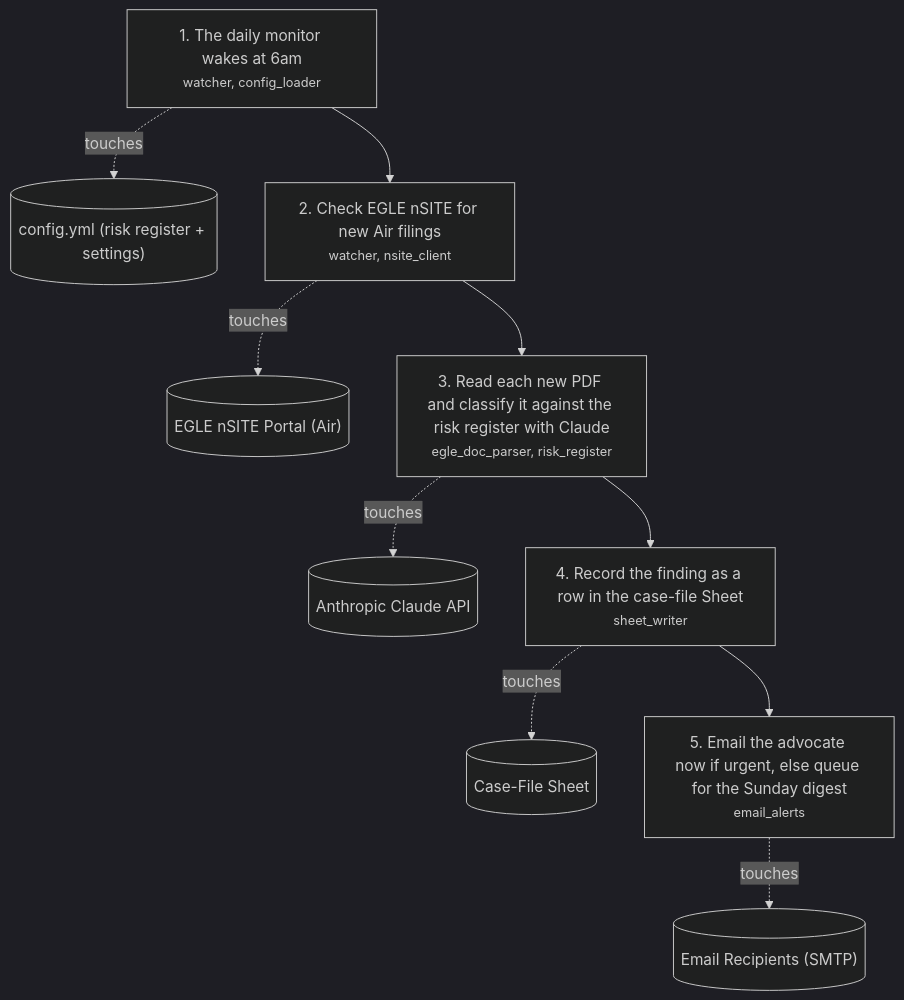
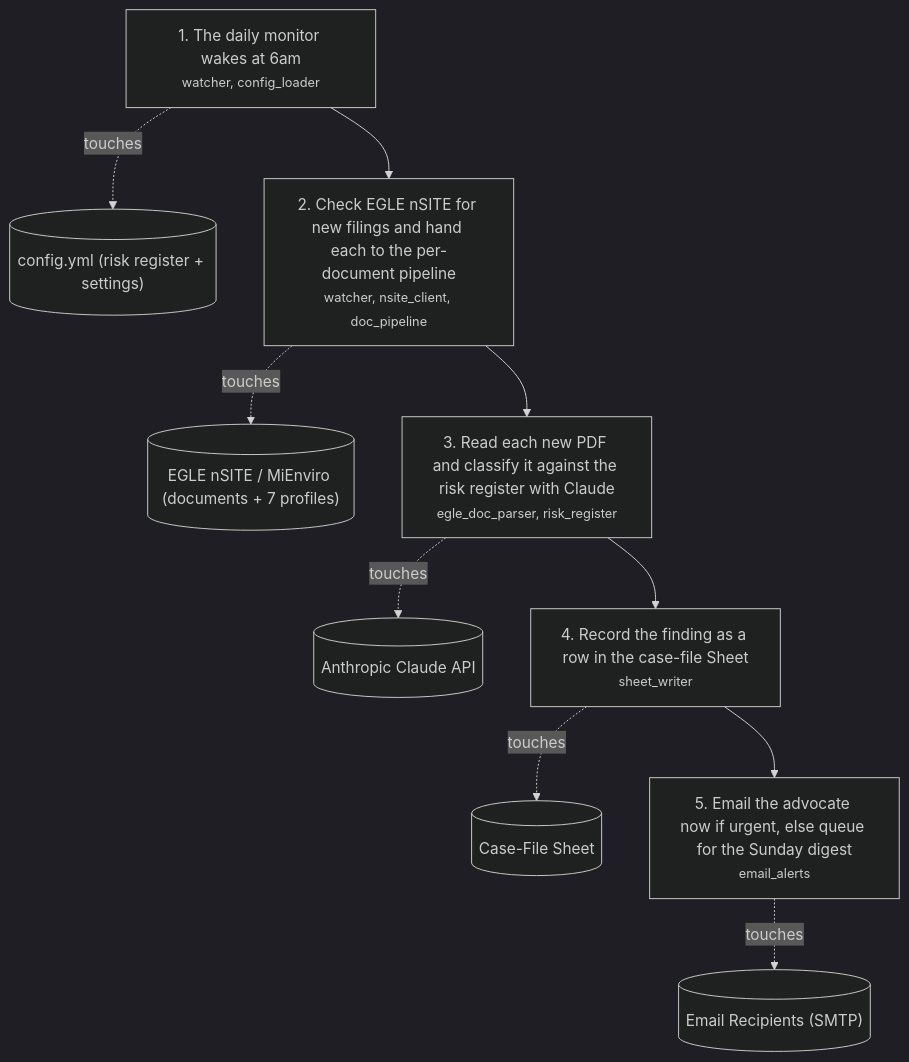
Before and after one commit to tkunst/arbor-hills-monitor: the diagram in docs/topology/critical-path.mmd, drawn with Mermaid (dark theme). The commit also changed 5 other files, not shown here.

```diff
--- a/docs/topology/critical-path.mmd
+++ b/docs/topology/critical-path.mmd
@@ -1,23 +1,23 @@
 flowchart TD
-  %% A new EGLE Air filing is caught and triaged — persona: N2688 monitor reader
-  %% The monitor spots a new Air permit filing for the landfill, classifies its risk, and alerts the advocate.
+  %% A new EGLE filing is caught and triaged — persona: N2688 monitor reader
+  %% The monitor spots a new EGLE filing for the landfill, classifies its risk, and alerts the advocate.
   %% (no telemetry wired yet — annotate p50/p99 here once available)
   s1["1. The daily monitor wakes at 6am<br/><small>watcher, config_loader</small>"]
   s1_ds[("config.yml (risk register + settings)")]
   s1 -. touches .-> s1_ds
-  s2["2. Check EGLE nSITE for new Air filings<br/><small>watcher, nsite_client</small>"]
+  s2["2. Check EGLE nSITE for new filings and hand each to the per-document pipeline<br/><small>watcher, nsite_client, doc_pipeline</small>"]
   s1 --> s2
-  s2_ds[("EGLE nSITE Portal (Air)")]
+  s2_ds[("EGLE nSITE / MiEnviro (documents + 7 profiles)")]
   s2 -. touches .-> s2_ds
   s3["3. Read each new PDF and classify it against the risk register with Claude<br/><small>egle_doc_parser, risk_register</small>"]
   s2 --> s3
   s3_ds[("Anthropic Claude API")]
   s3 -. touches .-> s3_ds
   s4["4. Record the finding as a row in the case-file Sheet<br/><small>sheet_writer</small>"]
   s3 --> s4
   s4_ds[("Case-File Sheet")]
   s4 -. touches .-> s4_ds
   s5["5. Email the advocate now if urgent, else queue for the Sunday digest<br/><small>email_alerts</small>"]
   s4 --> s5
   s5_ds[("Email Recipients (SMTP)")]
   s5 -. touches .-> s5_ds
```
